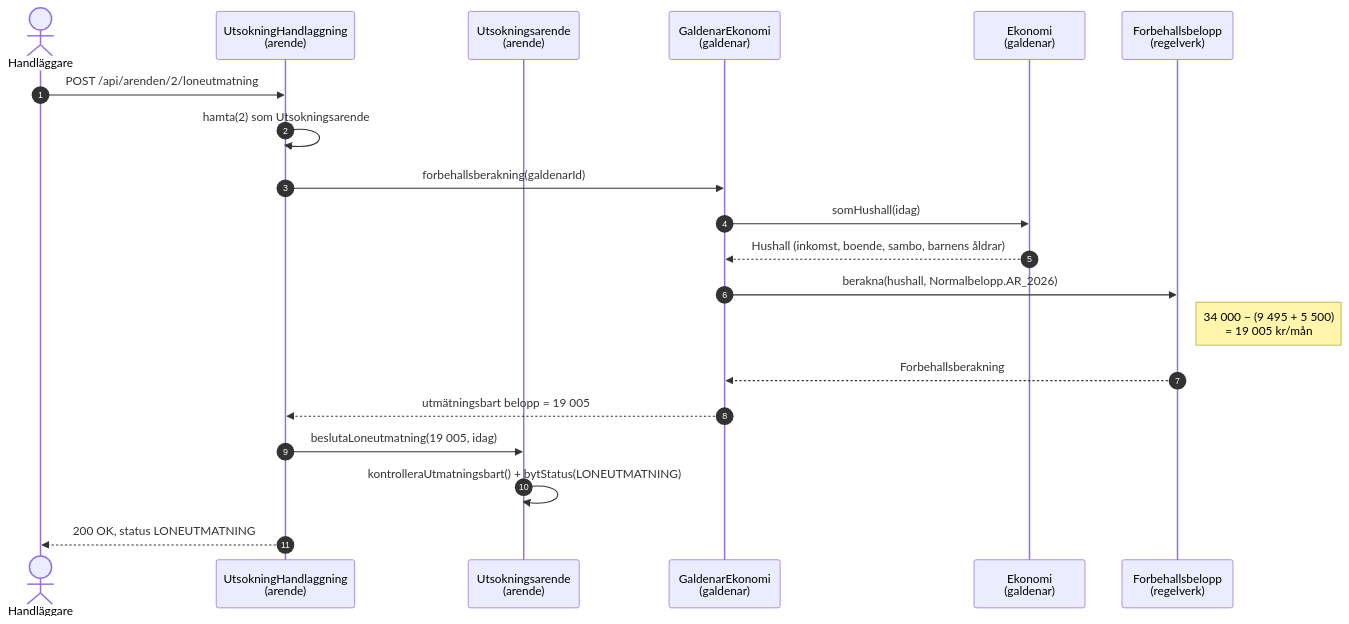
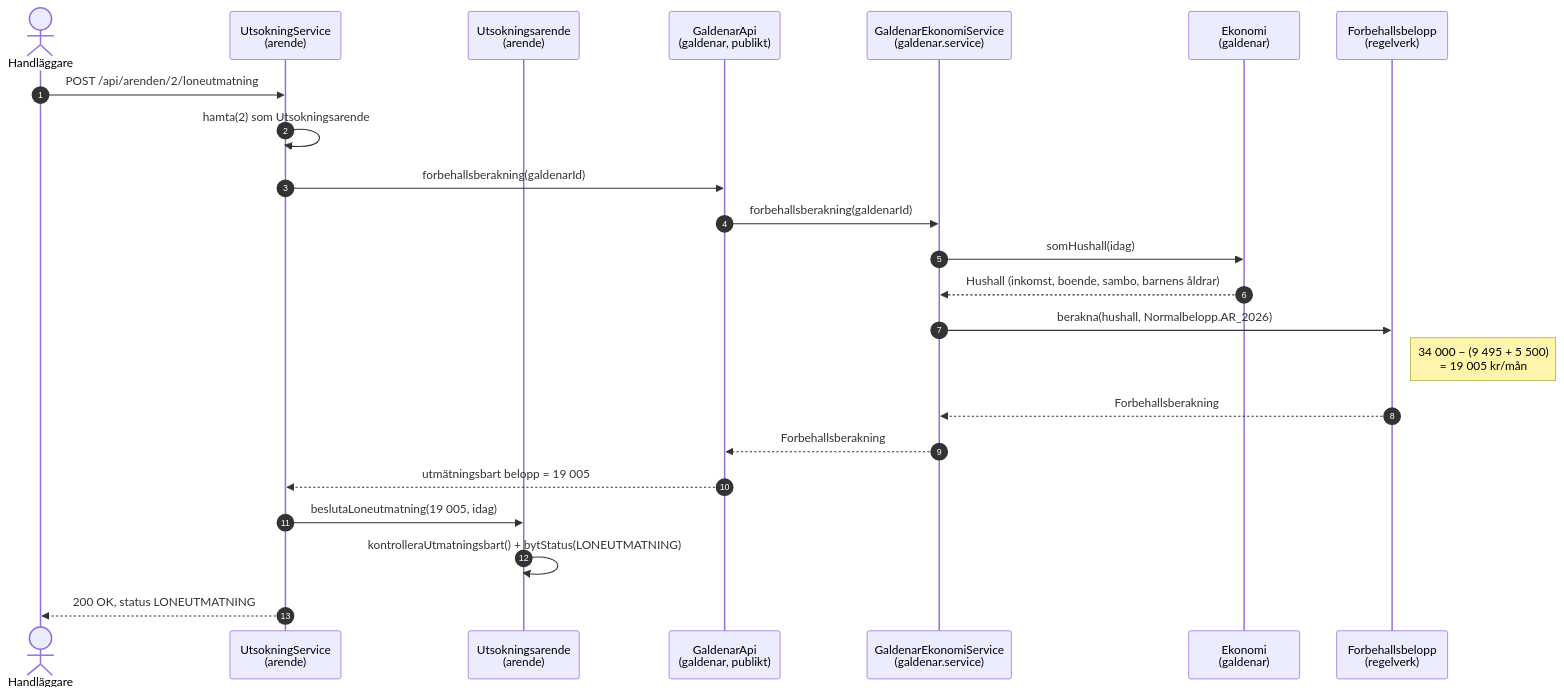
Before and after one commit to JudyTutala95/skuld-handlaggning: diagram 13 of 14 in docs/diagram.md, drawn with Mermaid. The commit also changed other lines of this file and 127 other files, not shown here.

````diff
--- a/docs/diagram.md
+++ b/docs/diagram.md
@@ -604,23 +668,26 @@
 ```mermaid
 sequenceDiagram
     autonumber
     actor H as Handläggare
-    participant UC as UtsokningHandlaggning<br/>(arende)
+    participant UC as UtsokningService<br/>(arende)
     participant UTS as Utsokningsarende<br/>(arende)
-    participant GE as GaldenarEkonomi<br/>(galdenar)
+    participant API as GaldenarApi<br/>(galdenar, publikt)
+    participant GE as GaldenarEkonomiService<br/>(galdenar.service)
     participant E as Ekonomi<br/>(galdenar)
     participant FB as Forbehallsbelopp<br/>(regelverk)
 
     H->>UC: POST /api/arenden/2/loneutmatning
     UC->>UC: hamta(2) som Utsokningsarende
-    UC->>GE: forbehallsberakning(galdenarId)
+    UC->>API: forbehallsberakning(galdenarId)
+    API->>GE: forbehallsberakning(galdenarId)
     GE->>E: somHushall(idag)
     E-->>GE: Hushall (inkomst, boende, sambo, barnens åldrar)
     GE->>FB: berakna(hushall, Normalbelopp.AR_2026)
     Note right of FB: 34 000 − (9 495 + 5 500)<br/>= 19 005 kr/mån
     FB-->>GE: Forbehallsberakning
-    GE-->>UC: utmätningsbart belopp = 19 005
+    GE-->>API: Forbehallsberakning
+    API-->>UC: utmätningsbart belopp = 19 005
     UC->>UTS: beslutaLoneutmatning(19 005, idag)
     UTS->>UTS: kontrolleraUtmatningsbart() + bytStatus(LONEUTMATNING)
     UC-->>H: 200 OK, status LONEUTMATNING
 ```
````
